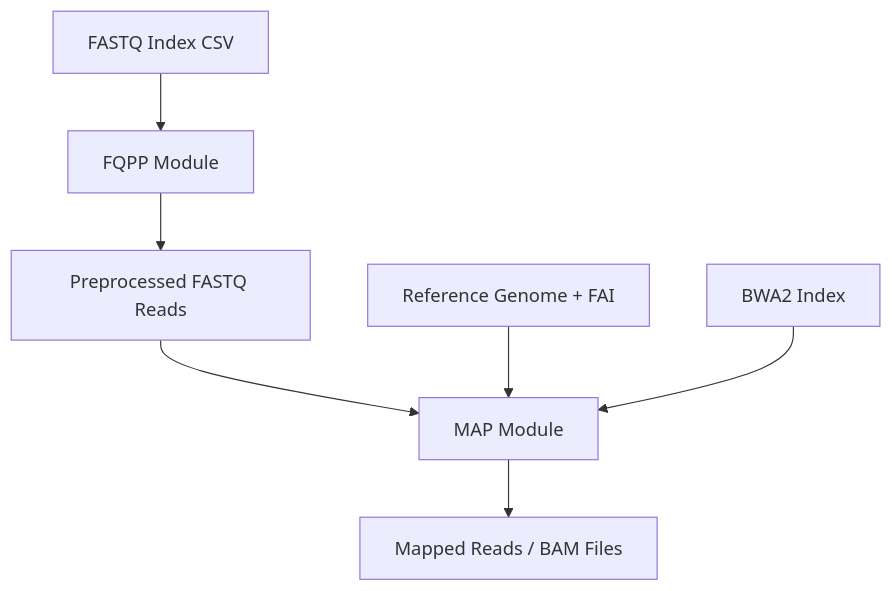
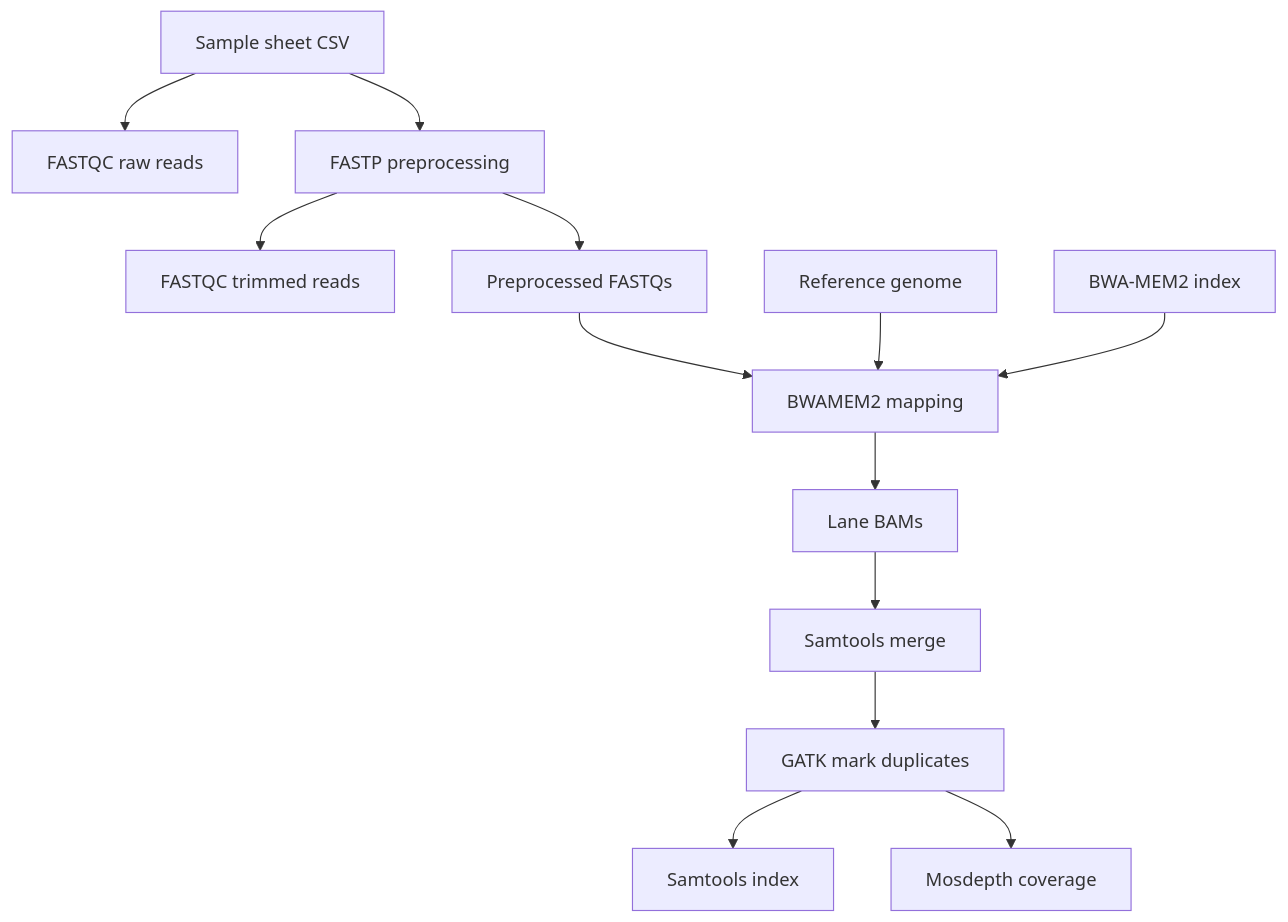
One commit to davidmasp/dmp-mapping changed the diagram in README.md. Above: the diagram before and after it, drawn with Mermaid. The commit also changed other lines of this file and 7 other files, not shown here.

````diff
--- a/README.md
+++ b/README.md
@@ -64,9 +74,15 @@
 ```mermaid
 graph TD;
-    A[FASTQ Index CSV] --> B[FQPP Module];
-    B --> C[Preprocessed FASTQ Reads];
-    C --> D[MAP Module];
-    D --> E[Mapped Reads / BAM Files];
-    F[Reference Genome + FAI] --> D;
-    G[BWA2 Index] --> D;
+    A[Sample sheet CSV] --> B[FASTQC raw reads];
+    A --> C[FASTP preprocessing];
+    C --> D[FASTQC trimmed reads];
+    C --> E[Preprocessed FASTQs];
+    E --> F[BWAMEM2 mapping];
+    G[Reference genome] --> F;
+    H[BWA-MEM2 index] --> F;
+    F --> I[Lane BAMs];
+    I --> J[Samtools merge];
+    J --> K[GATK mark duplicates];
+    K --> L[Samtools index];
+    K --> M[Mosdepth coverage];
 ```
````
